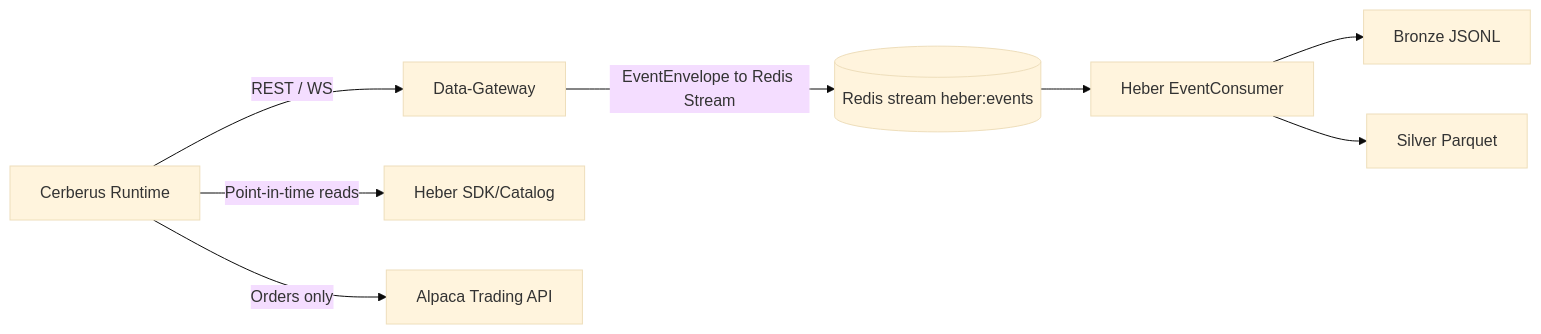
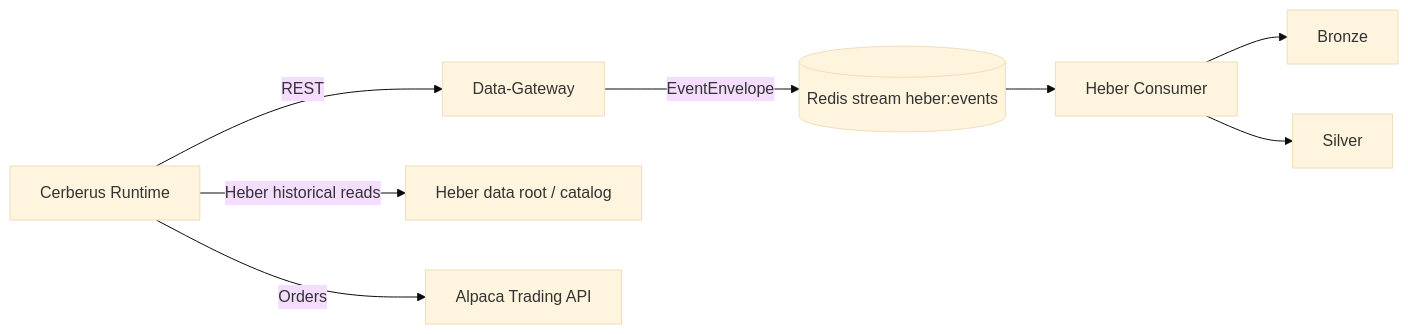
One commit to JasperDale420/Cerberus changed the diagram in docs/cerberus-data-gateway-heber-architecture.md. Above: the diagram before and after it, drawn with Mermaid (base theme). The commit also changed other lines of this file and 78 other files, not shown here.

First line of the commit message:
Gateway + Heber integration baseline (#10)

````diff
--- a/docs/cerberus-data-gateway-heber-architecture.md
+++ b/docs/cerberus-data-gateway-heber-architecture.md
@@ -54,10 +91,10 @@
 ```mermaid
 flowchart LR
-  C[Cerberus Runtime] -->|REST / WS| G[Data-Gateway]
-  G -->|EventEnvelope to Redis Stream| R[(Redis stream heber:events)]
-  R --> H[Heber EventConsumer]
-  H --> B[Bronze JSONL]
-  H --> S[Silver Parquet]
-  C -->|Point-in-time reads| HS[Heber SDK/Catalog]
-  C -->|Orders only| A[Alpaca Trading API]
+  C[Cerberus Runtime] -->|REST| G[Data-Gateway]
+  G -->|EventEnvelope| R[(Redis stream heber:events)]
+  R --> H[Heber Consumer]
+  H --> B[Bronze]
+  H --> S[Silver]
+  C -->|Heber historical reads| HS[Heber data root / catalog]
+  C -->|Orders| A[Alpaca Trading API]
 ```
````
